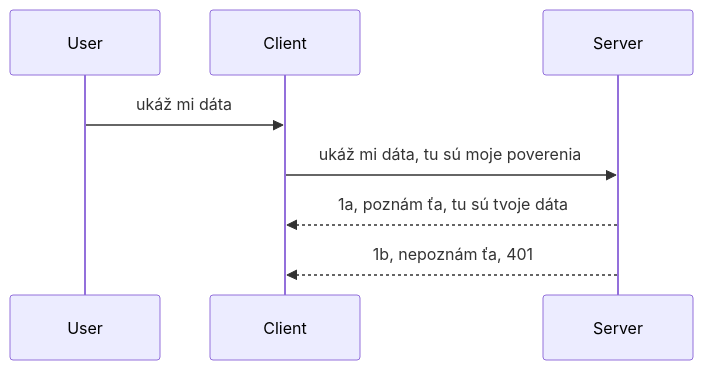
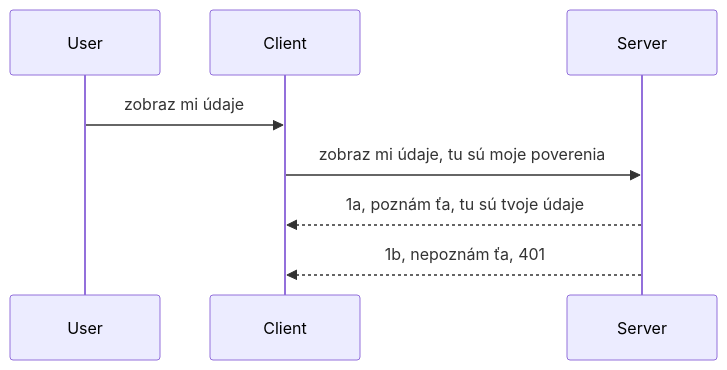
One commit to HIDORAKAI002/ai-workspace-archive changed the diagram in mcp_ecosystem__model_context_protocol/mcp_learning_resources/mcp-for-beginners/translations/sk/03-GettingStarted/11-simple-auth/README.md. Above: the diagram before and after it, drawn with Mermaid. The commit also changed other lines of this file and 1160 other files, not shown here.

````diff
--- a/mcp_ecosystem__model_context_protocol/mcp_learning_resources/mcp-for-beginners/translations/sk/03-GettingStarted/11-simple-auth/README.md
+++ b/mcp_ecosystem__model_context_protocol/mcp_learning_resources/mcp-for-beginners/translations/sk/03-GettingStarted/11-simple-auth/README.md
@@ -24,11 +24,11 @@
 ```mermaid
 sequenceDiagram
    participant User
    participant Client
    participant Server
 
-   User->>Client: ukáž mi dáta
-   Client->>Server: ukáž mi dáta, tu sú moje poverenia
-   Server-->>Client: 1a, poznám ťa, tu sú tvoje dáta
+   User->>Client: zobraz mi údaje
+   Client->>Server: zobraz mi údaje, tu sú moje poverenia
+   Server-->>Client: 1a, poznám ťa, tu sú tvoje údaje
    Server-->>Client: 1b, nepoznám ťa, 401 
 ```
````
